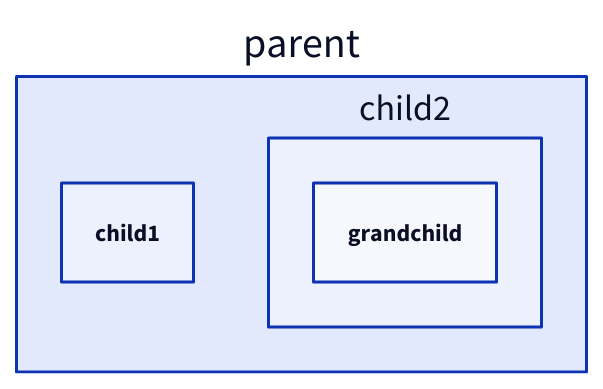
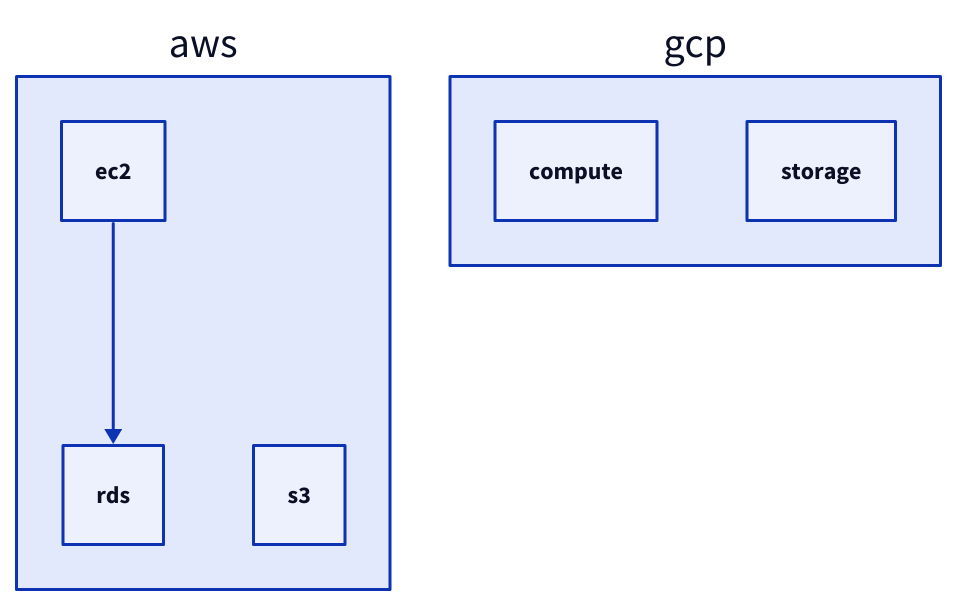
Before and after one commit to chyax98/DiagramAI: the sixth of 24 diagrams in docs/kroki/d2/syntax-rules.md, drawn with D2. The commit also changed other lines of this file and 52 other files, not shown here.

````diff
--- a/docs/kroki/d2/syntax-rules.md
+++ b/docs/kroki/d2/syntax-rules.md
@@ -133,13 +79,13 @@
 ```d2
-# ✅ 正确
-parent: {
-  child1
-  child2: {
-    grandchild
-  }
+aws: {
+  ec2
+  rds
+  s3
+  ec2 -> rds
 }
 
-# ✅ 点号引用
-parent.child1
-parent.child2.grandchild
+gcp: {
+  compute
+  storage
+}
 ```
````
